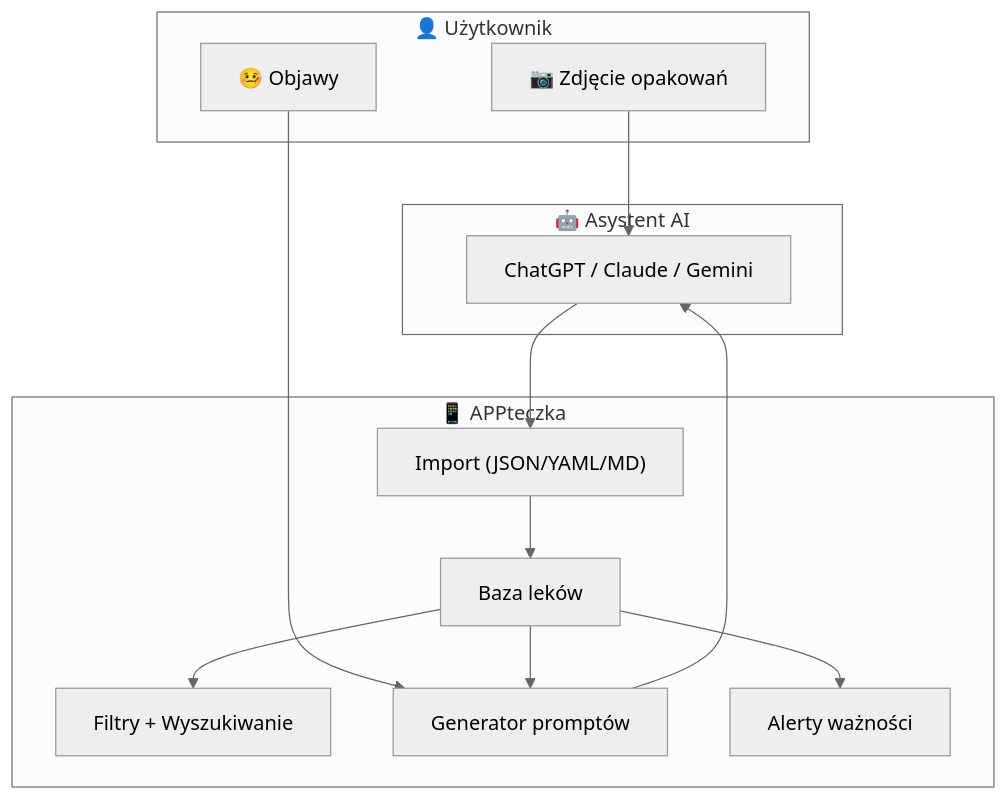
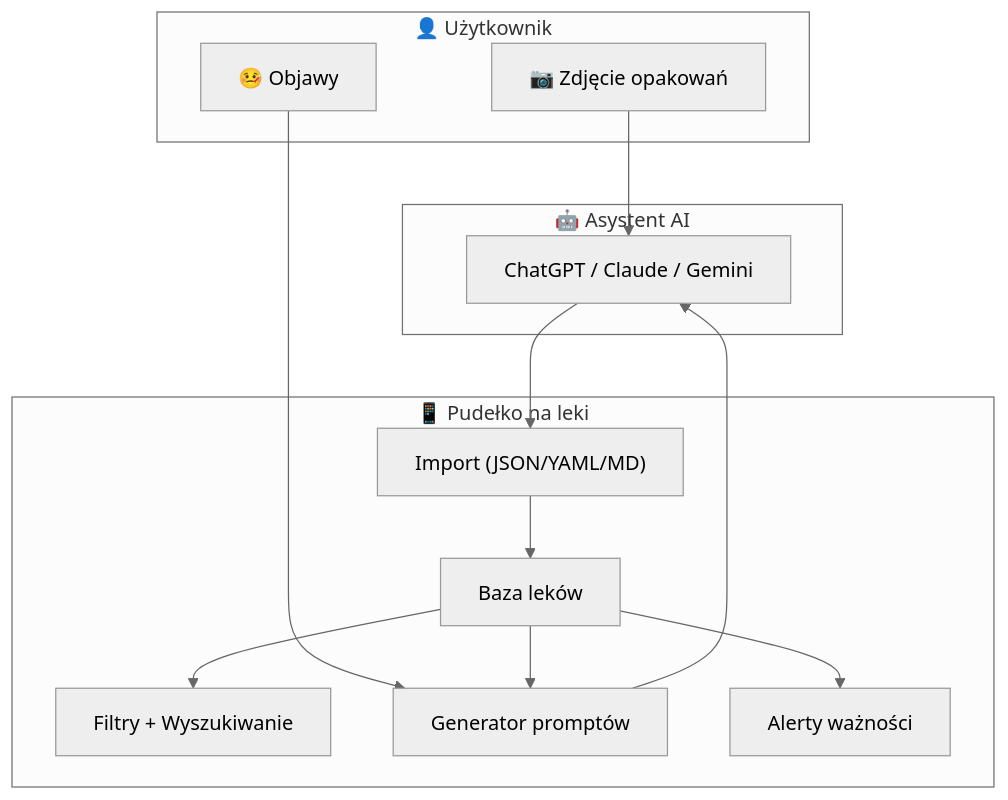
The diagram in docs/architecture.md (Rzempal/APPteczka), drawn with Mermaid (neutral theme) before and after one commit. The commit also changed other lines of this file and 16 other files, not shown here.

Commit message:
#25 feat: rebrand APPteczka → Pudełko na leki

````diff
--- a/docs/architecture.md
+++ b/docs/architecture.md
@@ -20,28 +20,28 @@
 ```mermaid
 flowchart TB
     subgraph User ["👤 Użytkownik"]
         Photo["📷 Zdjęcie opakowań"]
         Symptoms["🤒 Objawy"]
     end
 
     subgraph AI ["🤖 Asystent AI"]
         GPT["ChatGPT / Claude / Gemini"]
     end
 
-    subgraph App ["📱 APPteczka"]
+    subgraph App ["📱 Pudełko na leki"]
         Import["Import (JSON/YAML/MD)"]
         DB["Baza leków"]
         Filters["Filtry + Wyszukiwanie"]
         Generator["Generator promptów"]
         Alerts["Alerty ważności"]
     end
 
     Photo --> GPT
     GPT --> Import
     Import --> DB
     Symptoms --> Generator
     DB --> Generator
     Generator --> GPT
     DB --> Filters
     DB --> Alerts
 ```
````
